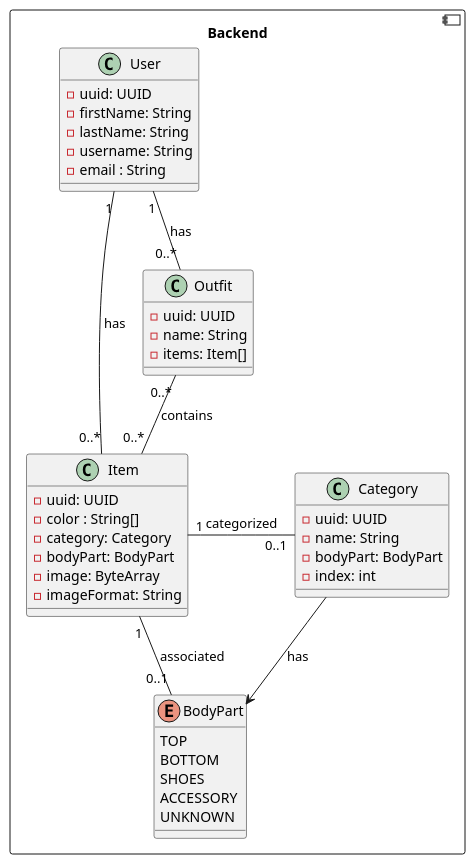
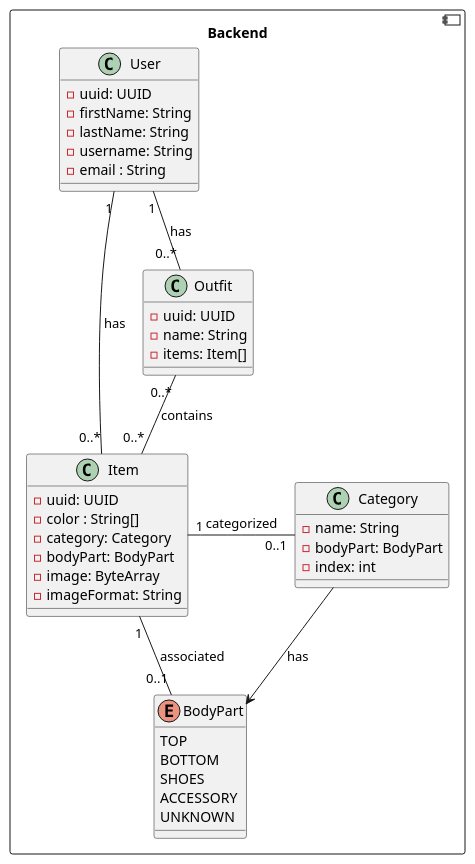
Before and after one commit to aniaxb/Froom: the diagram in diagrams/BackendClassDiagram.puml, drawn with PlantUML.

Commit message:
Modified BackendClassDiagram file

```diff
--- a/diagrams/BackendClassDiagram.puml
+++ b/diagrams/BackendClassDiagram.puml
@@ -1,51 +1,50 @@
 @startuml
 
 component Backend {
 
     class User {
         - uuid: UUID
         - firstName: String
         - lastName: String
         - username: String
         - email : String
     }
 
     class Outfit {
         - uuid: UUID
         - name: String
         - items: Item[]
     }
 
     class Item {
         - uuid: UUID
         - color : String[]
         - category: Category
         - bodyPart: BodyPart
         - image: ByteArray
         - imageFormat: String
     }
 
     class Category {
-        - uuid: UUID
         - name: String
         - bodyPart: BodyPart
         - index: int
     }
 
     enum BodyPart {
         TOP
         BOTTOM
         SHOES
         ACCESSORY
         UNKNOWN
     }
 
     User "1" -down- "0..*" Outfit : has
     User "1" -down- "0..*" Item : has
     Outfit "0..*" -down- "0..*" Item : contains
     Item "1" -right- "0..1" Category : categorized
     Item "1" -right- "0..1" BodyPart : associated
     Category -down-> BodyPart : has
 }
 
 @enduml
```
